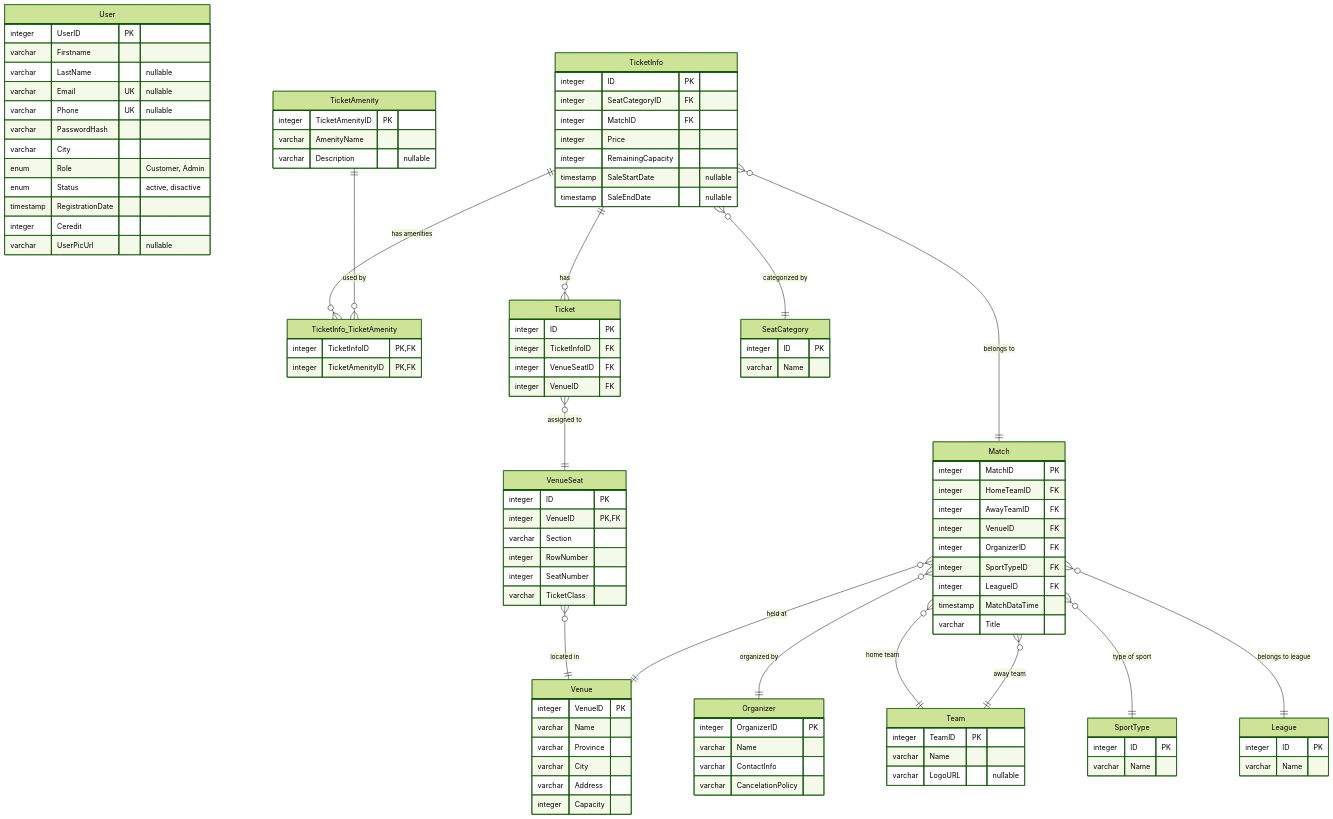
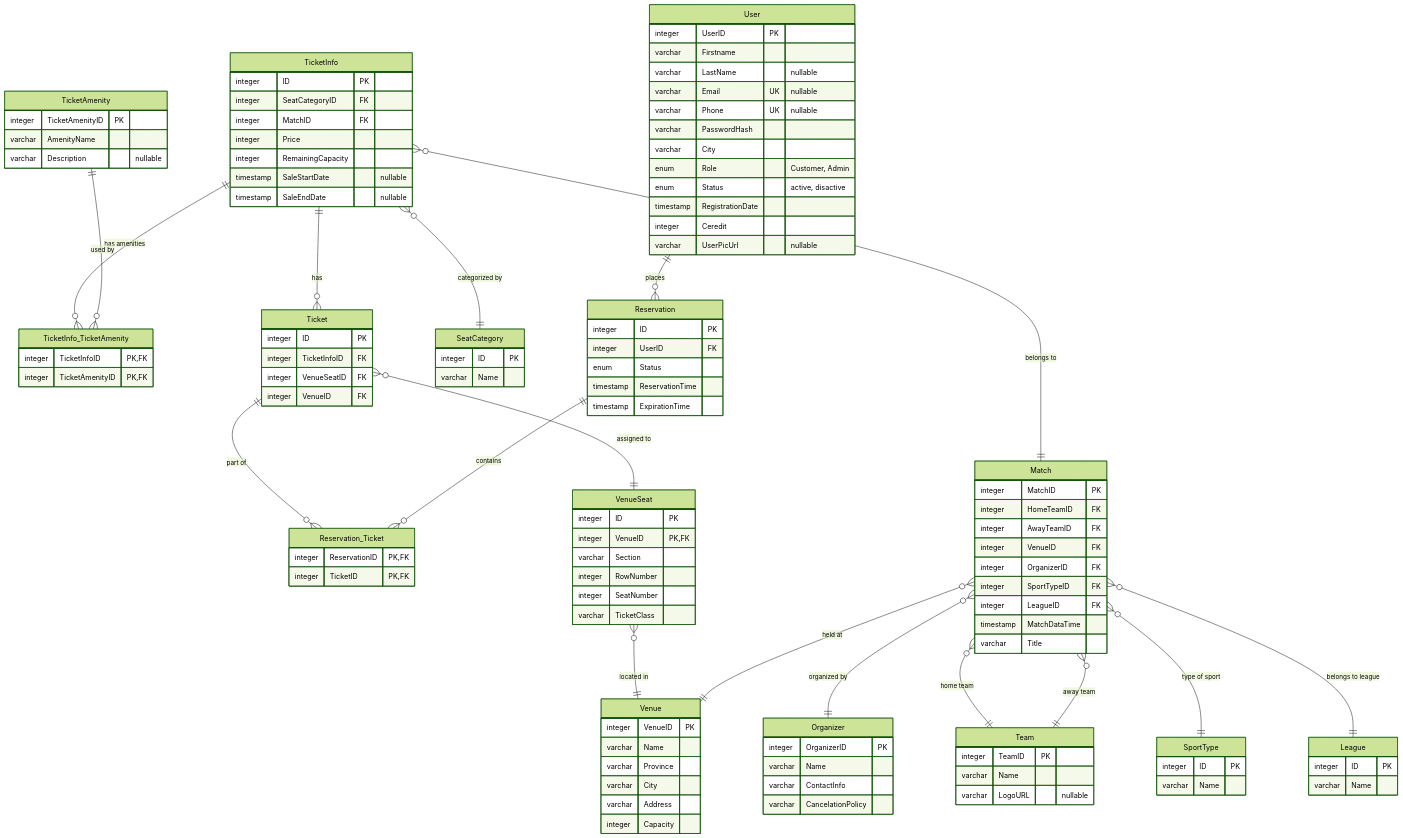
One commit to smhhd/BookTheGame changed the diagram in sql.mmd. Above: the diagram before and after it, drawn with Mermaid (forest theme).

Commit message:
Reservation table created and its relations

```diff
--- a/sql.mmd
+++ b/sql.mmd
@@ -1,113 +1,131 @@
 erDiagram
     User {
         integer UserID PK
         varchar Firstname
         varchar LastName "nullable"
         varchar Email UK "nullable"
         varchar Phone UK "nullable"
         varchar PasswordHash
         varchar City
         enum Role "Customer, Admin"
         enum Status "active, disactive"
         timestamp RegistrationDate
         integer Ceredit
         varchar UserPicUrl "nullable"
     }
 
     TicketInfo {
         integer ID PK
         integer SeatCategoryID FK
         integer MatchID FK
         integer Price
         integer RemainingCapacity
         timestamp SaleStartDate "nullable"
         timestamp SaleEndDate "nullable"
     }
 
     TicketAmenity {
         integer TicketAmenityID PK
         varchar AmenityName
         varchar Description "nullable"
     }
 
     TicketInfo_TicketAmenity {
         integer TicketInfoID PK,FK
         integer TicketAmenityID PK,FK
     }
 
     Ticket {
         integer ID PK
         integer TicketInfoID FK
         integer VenueSeatID FK
         integer VenueID FK
     }
 
     SeatCategory {
         integer ID PK
         varchar Name
+    }
+
+    Reservation {
+        integer ID PK
+        integer UserID FK
+        enum Status
+        timestamp ReservationTime
+        timestamp ExpirationTime
+    }
+
+    Reservation_Ticket {
+        integer ReservationID PK,FK
+        integer TicketID PK,FK
     }
 
     Match {
         integer MatchID PK
         integer HomeTeamID FK
         integer AwayTeamID FK
         integer VenueID FK
         integer OrganizerID FK
         integer SportTypeID FK
         integer LeagueID FK
         timestamp MatchDataTime
         varchar Title
     }
     Venue {
         integer VenueID PK
         varchar Name
         varchar Province
         varchar City
         varchar Address
         integer Capacity
     }
     Organizer {
         integer OrganizerID PK
         varchar Name
         varchar ContactInfo
         varchar CancelationPolicy
     }
     Team {
         integer TeamID PK
         varchar Name
         varchar LogoURL "nullable"
     }
     SportType {
         integer ID PK
         varchar Name
     }
     League {
         integer ID PK
         varchar Name
     }
     VenueSeat {
         integer ID PK
         integer VenueID PK,FK
         varchar Section
         integer RowNumber
         integer SeatNumber
         varchar TicketClass
     }
 
     %% Relationships
     TicketInfo }o--|| Match : "belongs to"
     TicketInfo }o--|| SeatCategory : "categorized by"
     TicketInfo ||--o{ Ticket : "has"
     TicketInfo ||--o{ TicketInfo_TicketAmenity : "has amenities"
     TicketAmenity ||--o{ TicketInfo_TicketAmenity : "used by"
 
     Ticket }o--|| VenueSeat : "assigned to"
+    Ticket ||--o{ Reservation_Ticket : "part of"
+
+    Reservation ||--o{ Reservation_Ticket : "contains"
 
     VenueSeat }o--|| Venue : "located in"
 
     Match }o--|| Venue : "held at"
     Match }o--|| Organizer : "organized by"
     Match }o--|| Team : "home team"
     Match }o--|| Team : "away team"
     Match }o--|| SportType : "type of sport"
     Match }o--|| League : "belongs to league"
+
+    User ||--o{ Reservation : "places"
```
